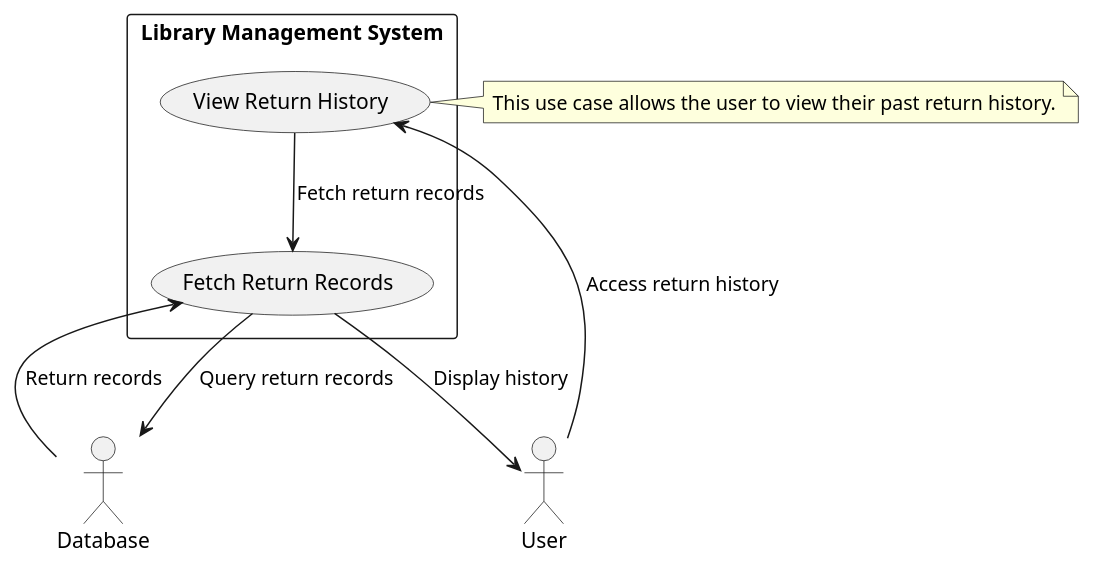
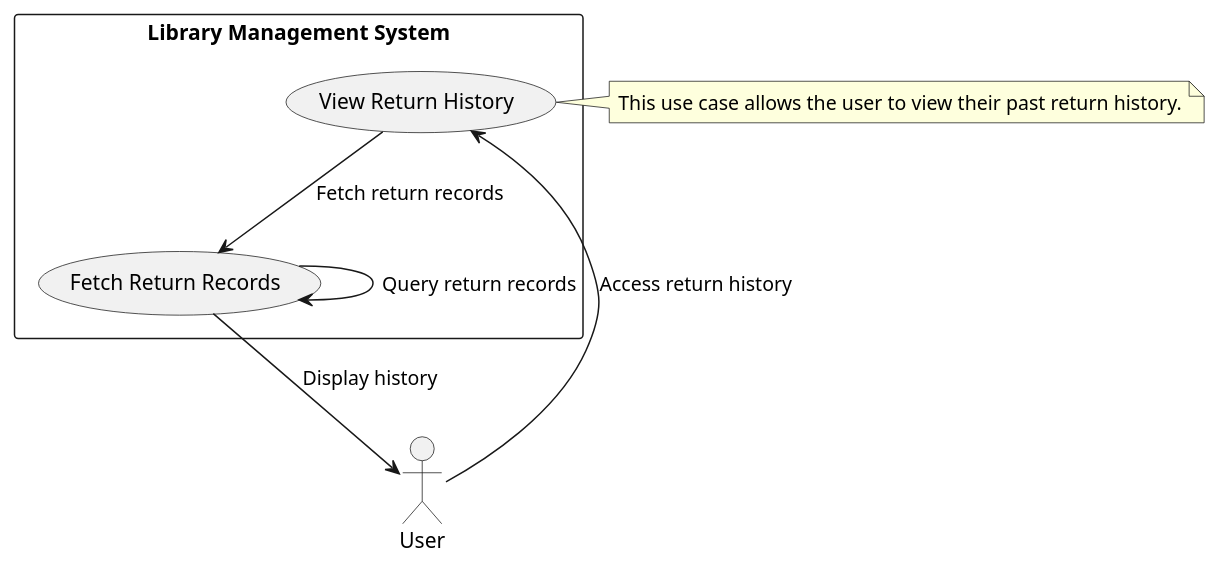
The diagram in docs/Use cases/View Return History.puml (mernaahmed2020/LibraryOO), drawn with PlantUML before and after one commit.

Commit message:
Update View Return History.puml

```diff
--- a/docs/Use cases/View Return History.puml
+++ b/docs/Use cases/View Return History.puml
@@ -1,21 +1,19 @@
 @startuml
 
 actor User
-actor Database
 
 rectangle "Library Management System" {
     usecase "View Return History" as UC6
     usecase "Fetch Return Records" as UC7
 }
 
 User --> UC6 : "Access return history"
 UC6 --> UC7 : "Fetch return records"
-UC7 --> Database : "Query return records"
-Database --> UC7 : "Return records"
+UC7 --> UC7 : "Query return records"
 UC7 --> User : "Display history"
 
 note right of UC6
 This use case allows the user to view their past return history.
 end note
 
 @enduml
```
